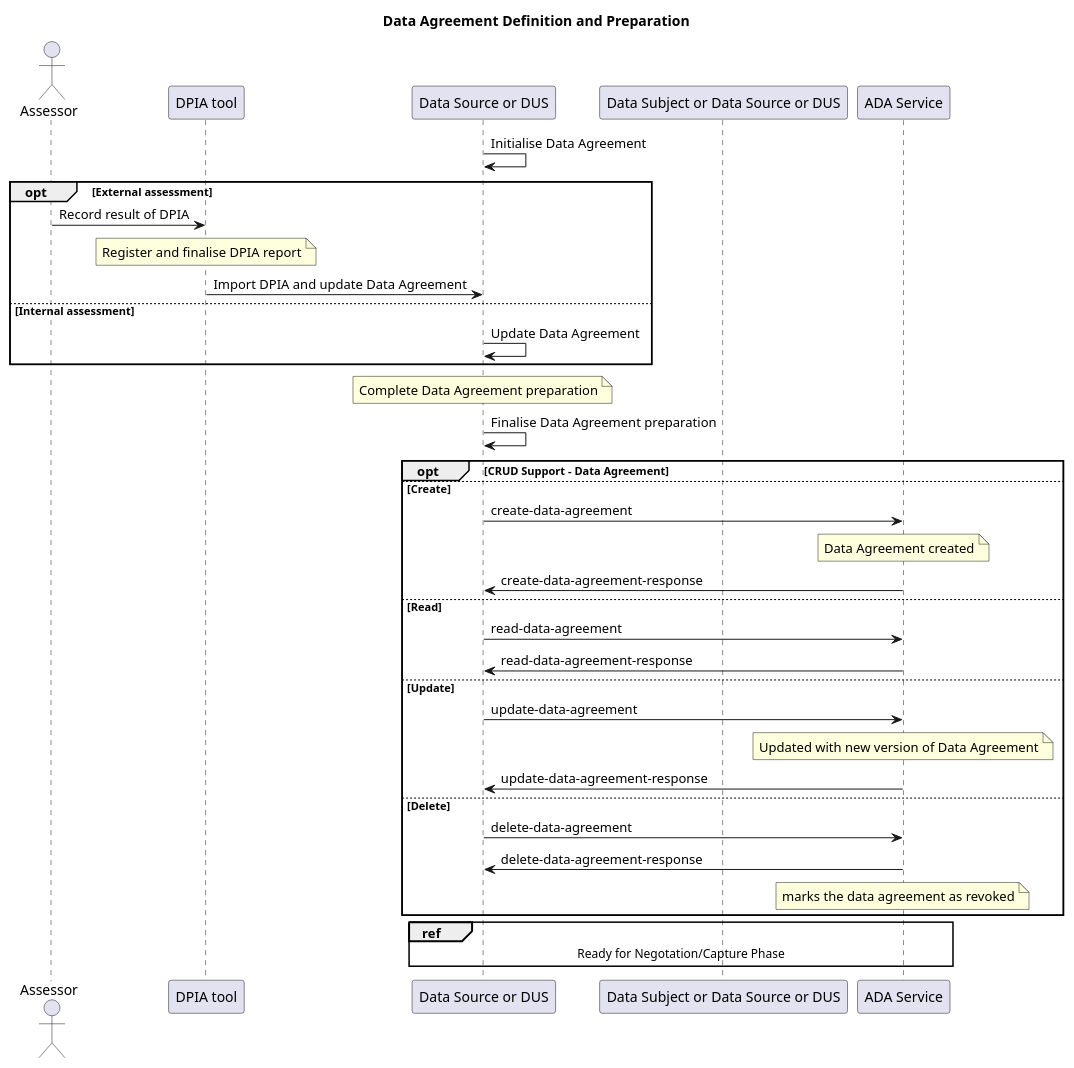
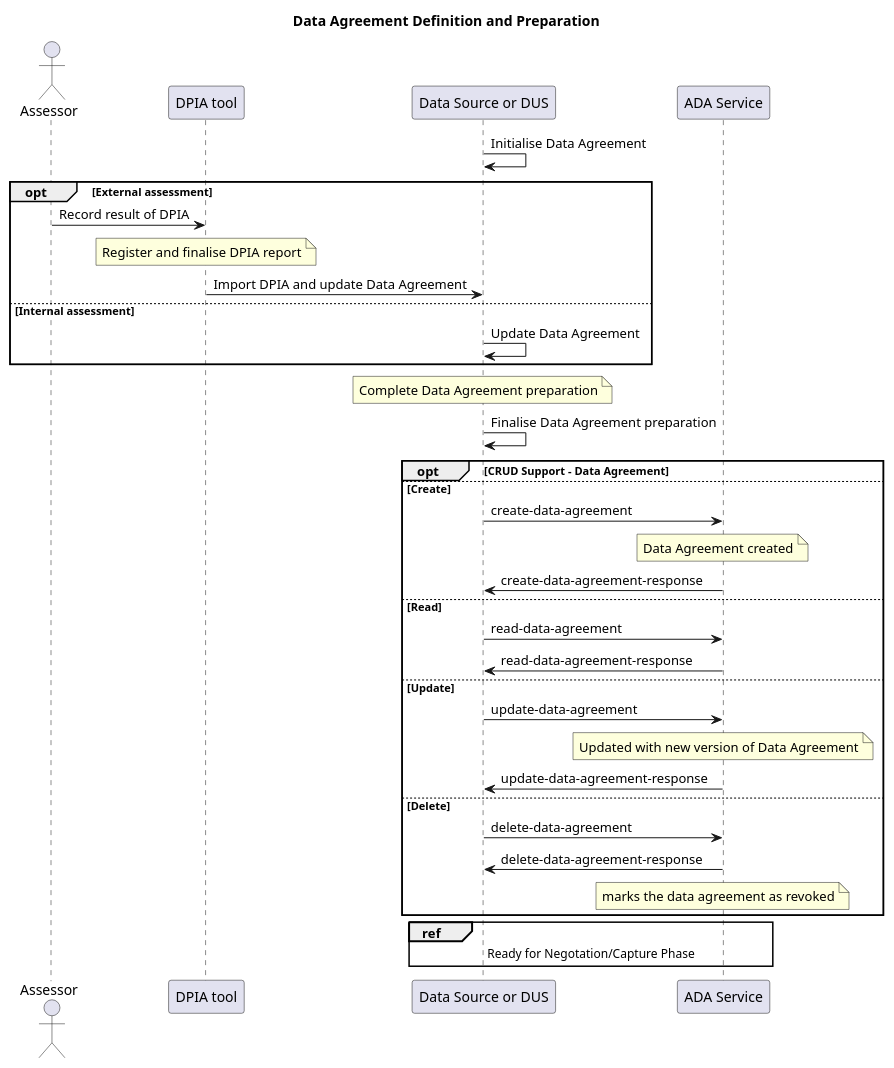
Before and after one commit to decentralised-dataexchange/automated-data-agreements: the diagram in docs/sequences/data-agreement-preparation.wsd, drawn with PlantUML. The commit also changed 7 other files, not shown here.

Commit message:
Adding DA specifcation and sequences links

```diff
--- a/docs/sequences/data-agreement-preparation.wsd
+++ b/docs/sequences/data-agreement-preparation.wsd
@@ -1,45 +1,44 @@
 @startuml
 
 title Data Agreement Definition and Preparation
 
 actor Assessor
 participant "DPIA tool"
 participant "Data Source or DUS"
-participant "Data Subject or Data Source or DUS"
 participant "ADA Service"
 
 "Data Source or DUS" -> "Data Source or DUS": Initialise Data Agreement
 
 opt External assessment
     Assessor -> "DPIA tool": Record result of DPIA
     note over "DPIA tool": Register and finalise DPIA report
     "DPIA tool" -> "Data Source or DUS": Import DPIA and update Data Agreement
 else Internal assessment
     "Data Source or DUS" -> "Data Source or DUS": Update Data Agreement
 end
 
 note over "Data Source or DUS": Complete Data Agreement preparation
 "Data Source or DUS" -> "Data Source or DUS": Finalise Data Agreement preparation
 
 
 opt CRUD Support - Data Agreement
 else Create
     "Data Source or DUS" -> "ADA Service": create-data-agreement
     note over "ADA Service": Data Agreement created
     "Data Source or DUS" <- "ADA Service": create-data-agreement-response
 else Read
     "Data Source or DUS" -> "ADA Service": read-data-agreement
     "Data Source or DUS" <- "ADA Service": read-data-agreement-response
 else Update
     "Data Source or DUS" -> "ADA Service": update-data-agreement
     note over "ADA Service": Updated with new version of Data Agreement
     "Data Source or DUS" <- "ADA Service": update-data-agreement-response
 else Delete
     "Data Source or DUS" -> "ADA Service": delete-data-agreement
     "Data Source or DUS" <- "ADA Service": delete-data-agreement-response
     note over "ADA Service": marks the data agreement as revoked
 end
 
 ref over "Data Source or DUS", "ADA Service": Ready for Negotation/Capture Phase
 
 @enduml
```
